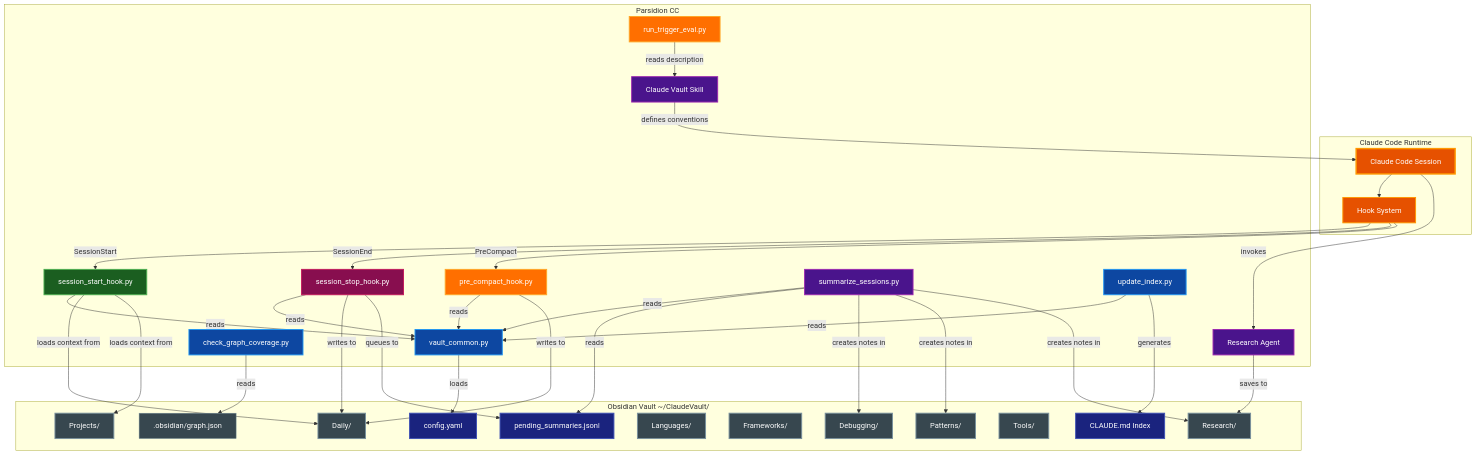
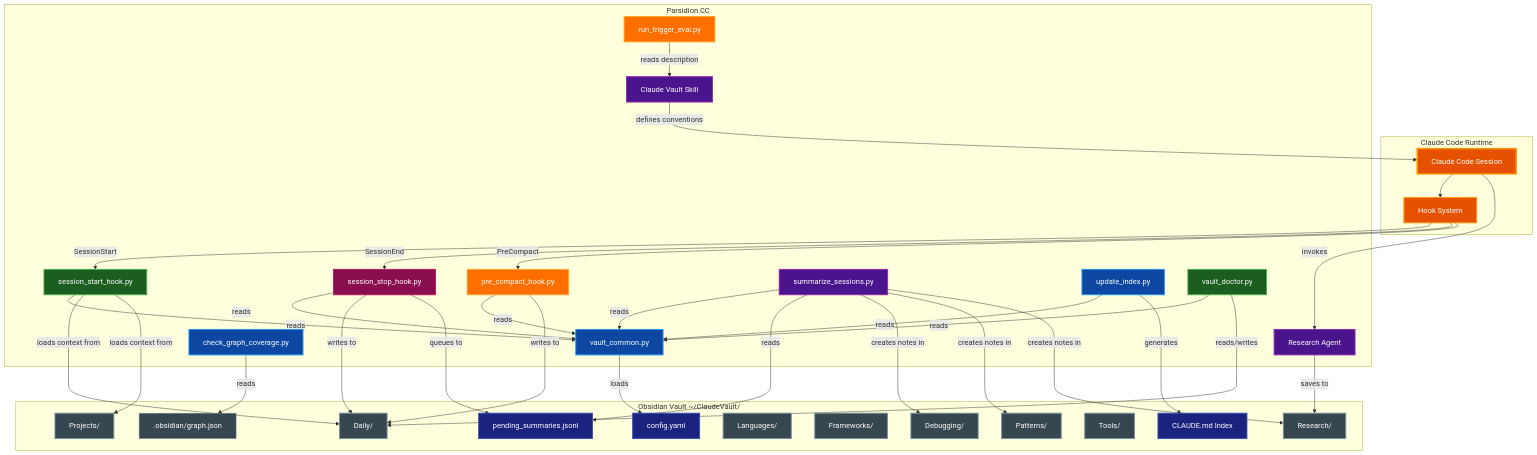
The first of 4 diagrams in docs/ARCHITECTURE.md (paulrobello/parsidion), drawn with Mermaid before and after one commit. The commit also changed other lines of this file and 1 other file, not shown here.

First line of the commit message:
docs: sync README and ARCHITECTURE to current implementation

```diff
--- a/docs/ARCHITECTURE.md
+++ b/docs/ARCHITECTURE.md
@@ -59,6 +59,7 @@
         PCH[pre_compact_hook.py]
         SUM[summarize_sessions.py]
         IDX[update_index.py]
+        VD[vault_doctor.py]
         CGC[check_graph_coverage.py]
         EVAL[run_trigger_eval.py]
     end
@@ -104,6 +105,9 @@
     IDX -->|generates| Index
     CGC -->|reads| Graph
 
+    VD -->|reads| VC
+    VD -->|reads/writes| Daily
+
     Skill -->|defines conventions| CC
     EVAL -->|reads description| Skill
 
@@ -117,6 +121,7 @@
     style PCH fill:#ff6f00,stroke:#ffa726,stroke-width:2px,color:#ffffff
     style SUM fill:#4a148c,stroke:#9c27b0,stroke-width:2px,color:#ffffff
     style IDX fill:#0d47a1,stroke:#2196f3,stroke-width:2px,color:#ffffff
+    style VD fill:#1b5e20,stroke:#4caf50,stroke-width:2px,color:#ffffff
     style CGC fill:#0d47a1,stroke:#2196f3,stroke-width:2px,color:#ffffff
     style EVAL fill:#ff6f00,stroke:#ffa726,stroke-width:2px,color:#ffffff
     style Config fill:#1a237e,stroke:#3f51b5,stroke-width:2px,color:#ffffff
```
